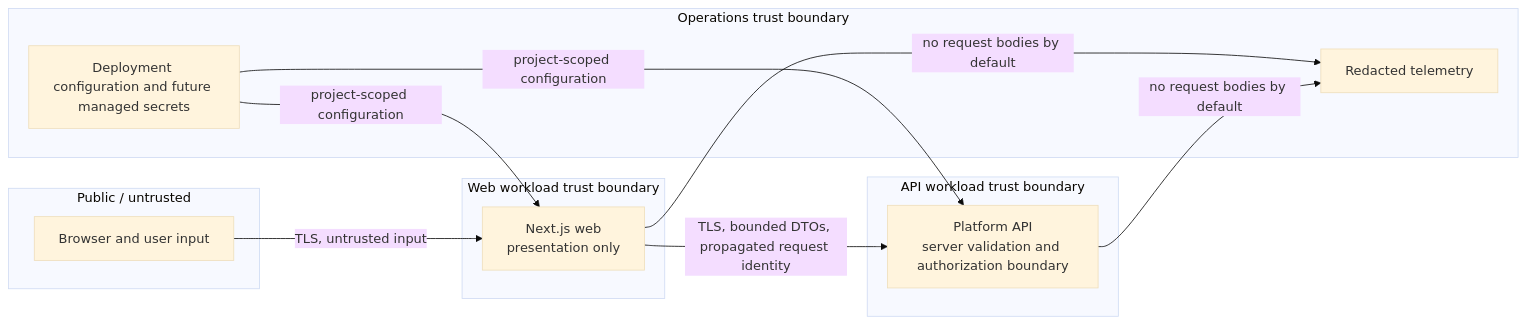
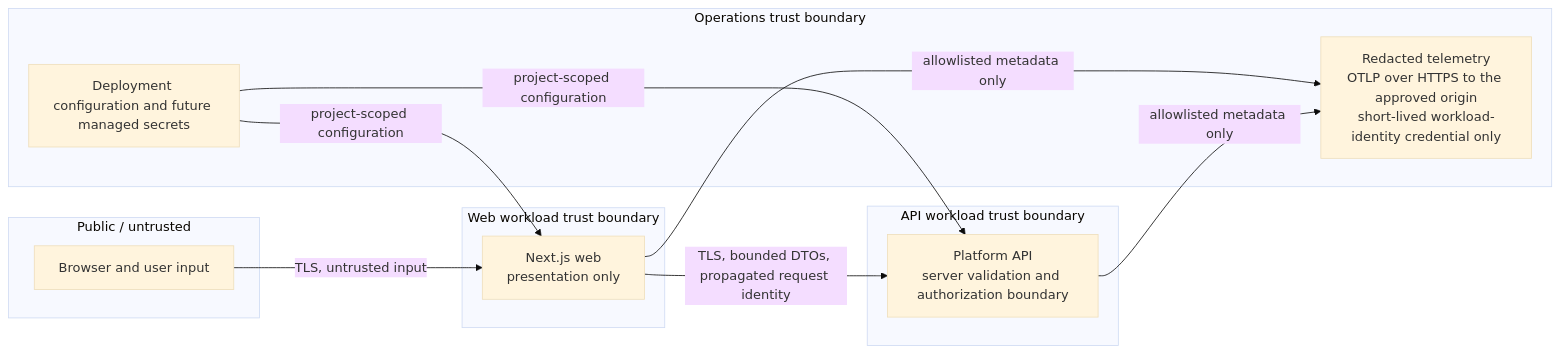
The sixth of 11 diagrams in docs/architecture/overview.md (money-noodle/money-noodle), drawn with Mermaid (base theme) before and after one commit. The commit also changed other lines of this file and 4 other files, not shown here.

````diff
--- a/docs/architecture/overview.md
+++ b/docs/architecture/overview.md
@@ -272,26 +272,26 @@
 ```mermaid
 flowchart LR
     subgraph public["Public / untrusted"]
         browser["Browser and user input"]
     end
 
     subgraph webTrust["Web workload trust boundary"]
         web["Next.js web<br/>presentation only"]
     end
 
     subgraph apiTrust["API workload trust boundary"]
         api["Platform API<br/>server validation and authorization boundary"]
     end
 
     subgraph opsTrust["Operations trust boundary"]
         config["Deployment configuration and future managed secrets"]
-        telemetry["Redacted telemetry"]
+        telemetry["Redacted telemetry<br/>OTLP over HTTPS to the approved origin<br/>short-lived workload-identity credential only"]
     end
 
     browser -->|TLS, untrusted input| web
     web -->|TLS, bounded DTOs, propagated request identity| api
     config -->|project-scoped configuration| web
     config -->|project-scoped configuration| api
-    web -->|no request bodies by default| telemetry
-    api -->|no request bodies by default| telemetry
+    web -->|allowlisted metadata only| telemetry
+    api -->|allowlisted metadata only| telemetry
 ```
````
